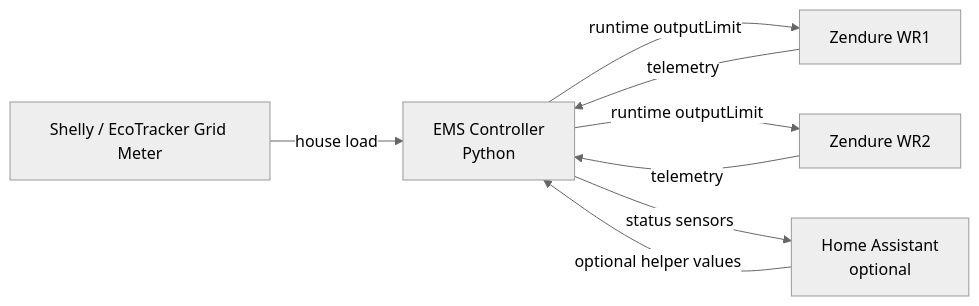
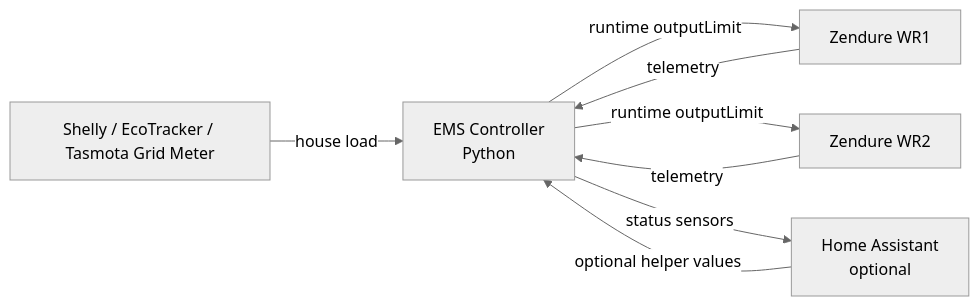
One commit to basecubedev/ems-solarflow-api-control changed the diagram in README.md. Above: the diagram before and after it, drawn with Mermaid (neutral theme). The commit also changed other lines of this file and 8 other files, not shown here.

Commit message:
Add Tasmota HTTP JSON Grid Meter Support

````diff
--- a/README.md
+++ b/README.md
@@ -98,20 +98,20 @@
 ```mermaid
 flowchart LR
 
-    GridMeter["Shelly / EcoTracker Grid Meter"]
+    GridMeter["Shelly / EcoTracker / Tasmota Grid Meter"]
     EMS["EMS Controller\nPython"]
     WR1["Zendure WR1"]
     WR2["Zendure WR2"]
     HA["Home Assistant\noptional"]
 
     GridMeter -->|house load| EMS
 
     WR1 -->|telemetry| EMS
     WR2 -->|telemetry| EMS
 
     EMS -->|runtime outputLimit| WR1
     EMS -->|runtime outputLimit| WR2
 
     EMS -->|status sensors| HA
     HA -->|optional helper values| EMS
 ```
````
